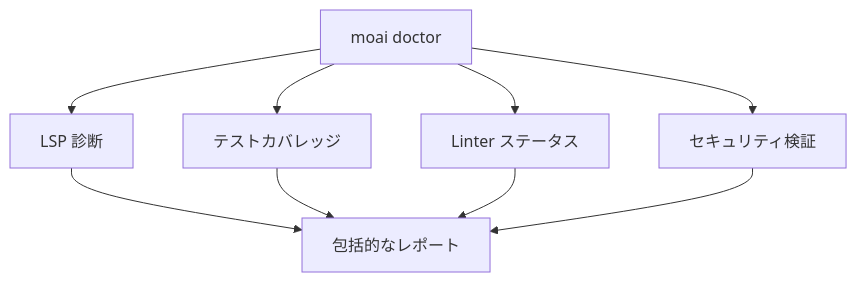
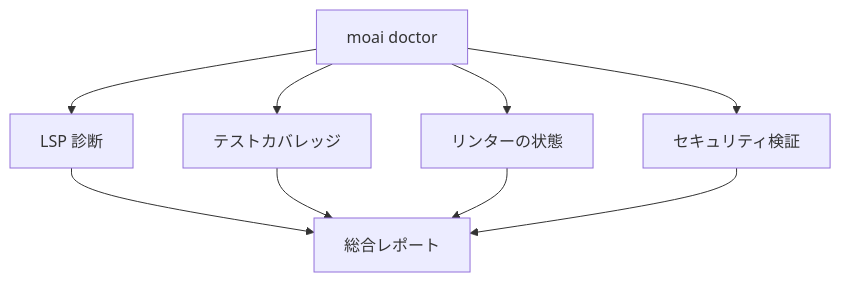
Before and after one commit to modu-ai/moai-adk: the ninth of 9 diagrams in docs-site/content/ja/getting-started/quickstart.md, drawn with Mermaid. The commit also changed other lines of this file and 395 other files, not shown here.

````diff
--- a/docs-site/content/ja/getting-started/quickstart.md
+++ b/docs-site/content/ja/getting-started/quickstart.md
@@ -401,12 +399,12 @@
 ```mermaid
 graph TD
     A["moai doctor"] --> B["LSP 診断"]
     A --> C["テストカバレッジ"]
-    A --> D["Linter ステータス"]
+    A --> D["リンターの状態"]
     A --> E["セキュリティ検証"]
 
-    B --> F["包括的なレポート"]
+    B --> F["総合レポート"]
     C --> F
     D --> F
     E --> F
 ```
````
